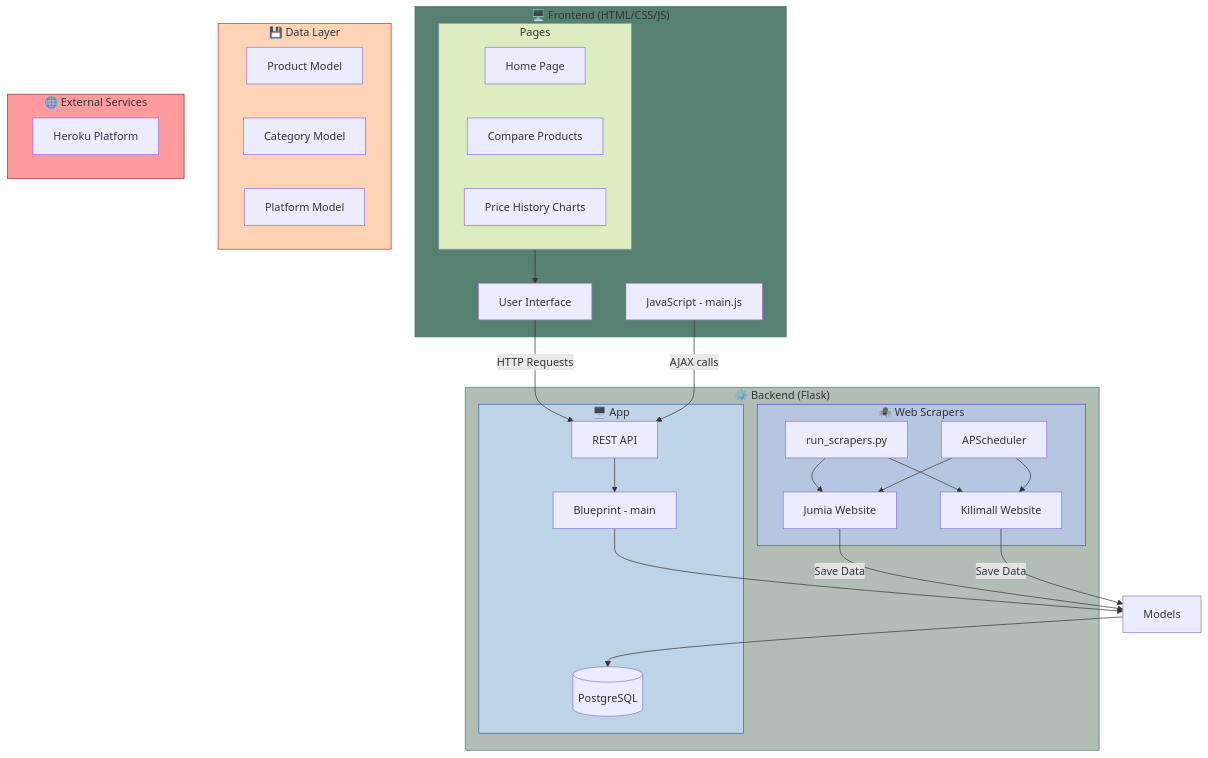
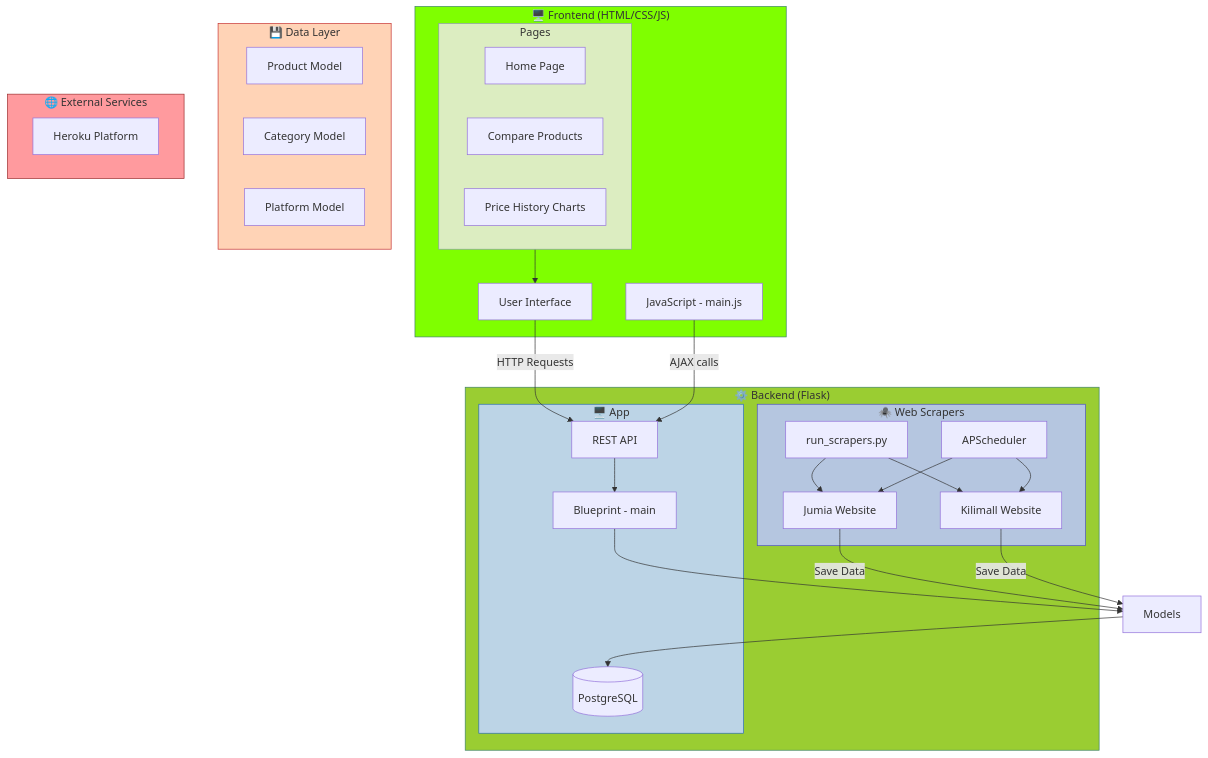
The first of 2 diagrams in doc/architecture.md (wawi-m/wpp-price_tracker), drawn with Mermaid before and after one commit.

Commit message:
docs: update color fill

````diff
--- a/doc/architecture.md
+++ b/doc/architecture.md
@@ -7,60 +7,60 @@
 ```mermaid
 graph TB
     subgraph Frontend ["🖥️ Frontend (HTML/CSS/JS)"]
-        style Frontend fill:#56806F,stroke:#3d8168
+        style Frontend fill:#7FFF00,stroke:#3d8168
         UI[User Interface]
         subgraph Pages[Pages]
             style Pages fill:#dcedc1,stroke:#8a9aa9
             HP[Home Page]
             CP[Compare Products]
             PH[Price History Charts]
         end
         JS[JavaScript - main.js]
     end
 
     subgraph Backend ["⚙️ Backend (Flask)"]
-        style Backend fill:#b2beb5,stroke:#3d8168
+        style Backend fill:#9ACD32,stroke:#3d8168
         subgraph App["🖥️ App"]
         style App fill:#bcd4e6,stroke:#2b6cb0
         API[REST API]
         BP[Blueprint - main]
         DB[(PostgreSQL)]
         end     
 
         subgraph Scrapers ["🕷️ Web Scrapers"]
             style Scrapers fill:#b5c6e0,stroke:#4c51bf
             Jumia[Jumia Scraper]
             Kilimall[Kilimall Scraper]
             RunScrapers[run_scrapers.py]
             Scheduler[APScheduler]
         end
     end
 
     subgraph Data ["💾 Data Layer"]
         style Data fill:#ffd3b6,stroke:#c53030
         PM[Product Model]
         CM[Category Model]
         PLM[Platform Model]
     end
 
     subgraph ExternalServices ["🌐 External Services"]
         style ExternalServices fill:#ff9a9e,stroke:#9b2c2c
         Jumia[Jumia Website]
         Kilimall[Kilimall Website]
         Heroku[Heroku Platform]
     end
 
 
     Pages --> UI
     UI --> |HTTP Requests| API
     JS --> |AJAX calls| API
     API --> BP
     BP --> Models
     Models --> DB
     RunScrapers --> Jumia
     RunScrapers --> Kilimall
     Scheduler --> Jumia
     Scheduler --> Kilimall
     Jumia --> |Save Data| Models
     Kilimall --> |Save Data| Models
 ```
````
